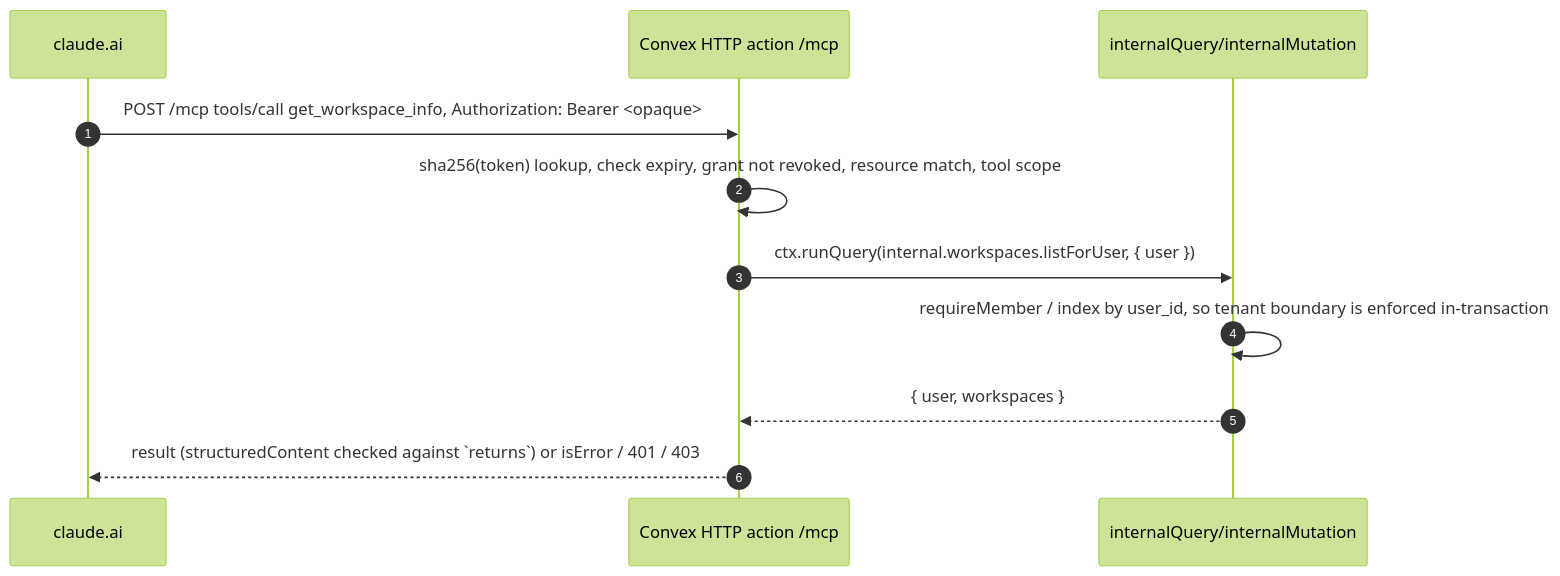
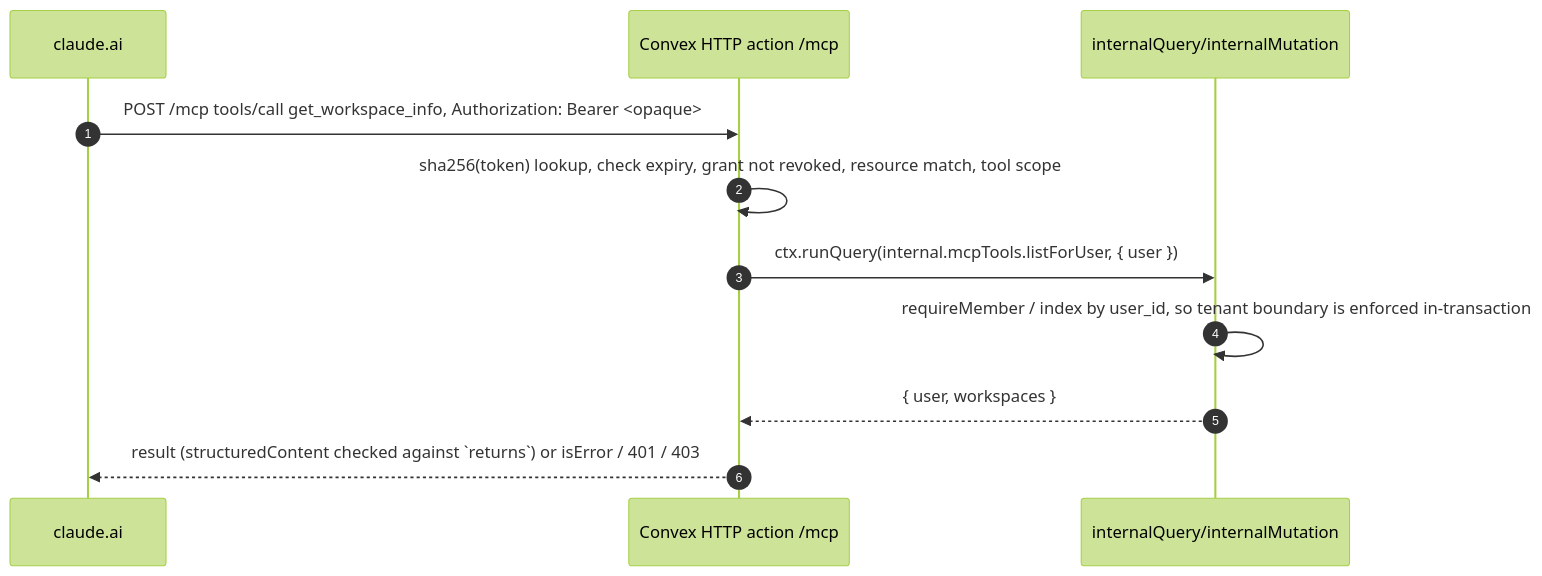
The second of 2 diagrams in docs/mcp-auth-design.md (crbns/tandem), drawn with Mermaid (forest theme) before and after one commit. The commit also changed other lines of this file, not shown here.

First line of the commit message:
docs(mcp): fail-closed agent auth, DCR lockout risk, attribution

````diff
--- a/docs/mcp-auth-design.md
+++ b/docs/mcp-auth-design.md
@@ -70,13 +71,13 @@
 ```mermaid
 sequenceDiagram
   autonumber
   participant C as claude.ai
   participant X as Convex HTTP action /mcp
   participant F as internalQuery/internalMutation
   C->>X: POST /mcp tools/call get_workspace_info, Authorization: Bearer <opaque>
   X->>X: sha256(token) lookup, check expiry, grant not revoked, resource match, tool scope
-  X->>F: ctx.runQuery(internal.workspaces.listForUser, { user })
+  X->>F: ctx.runQuery(internal.mcpTools.listForUser, { user })
   F->>F: requireMember / index by user_id, so tenant boundary is enforced in-transaction
   F-->>X: { user, workspaces }
   X-->>C: result (structuredContent checked against `returns`) or isError / 401 / 403
 ```
````
